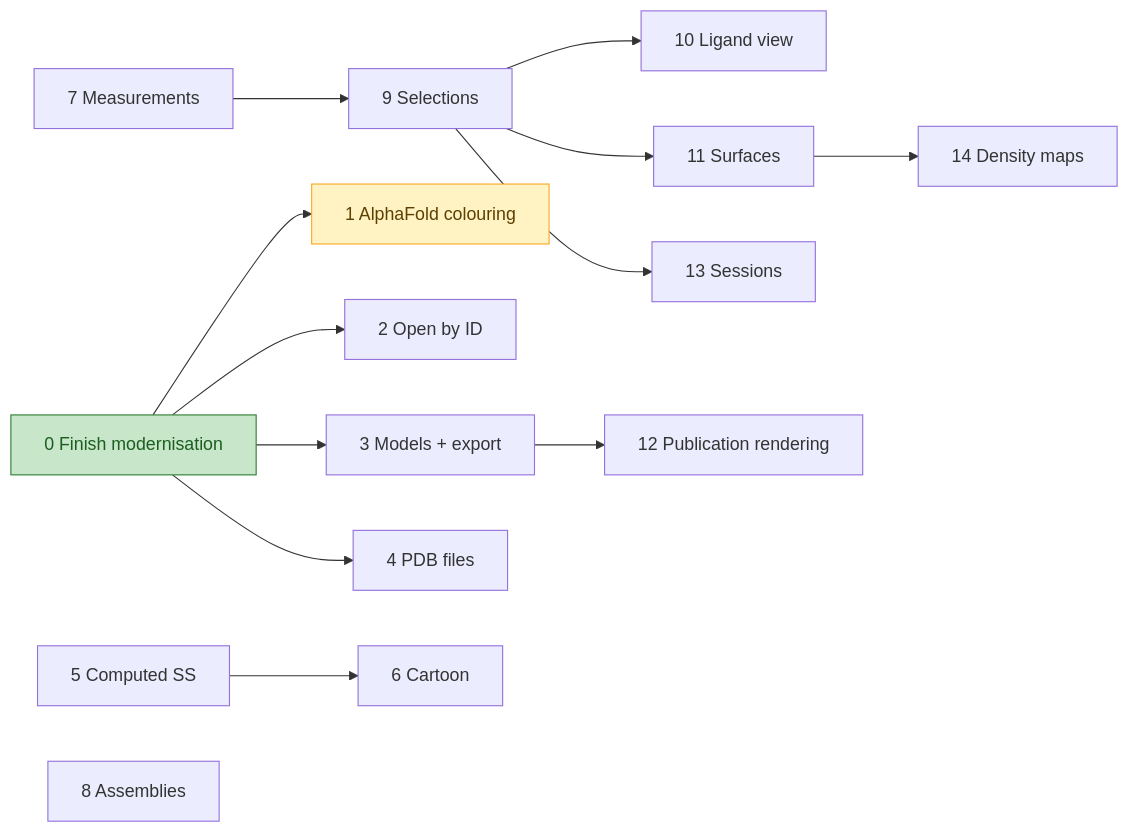
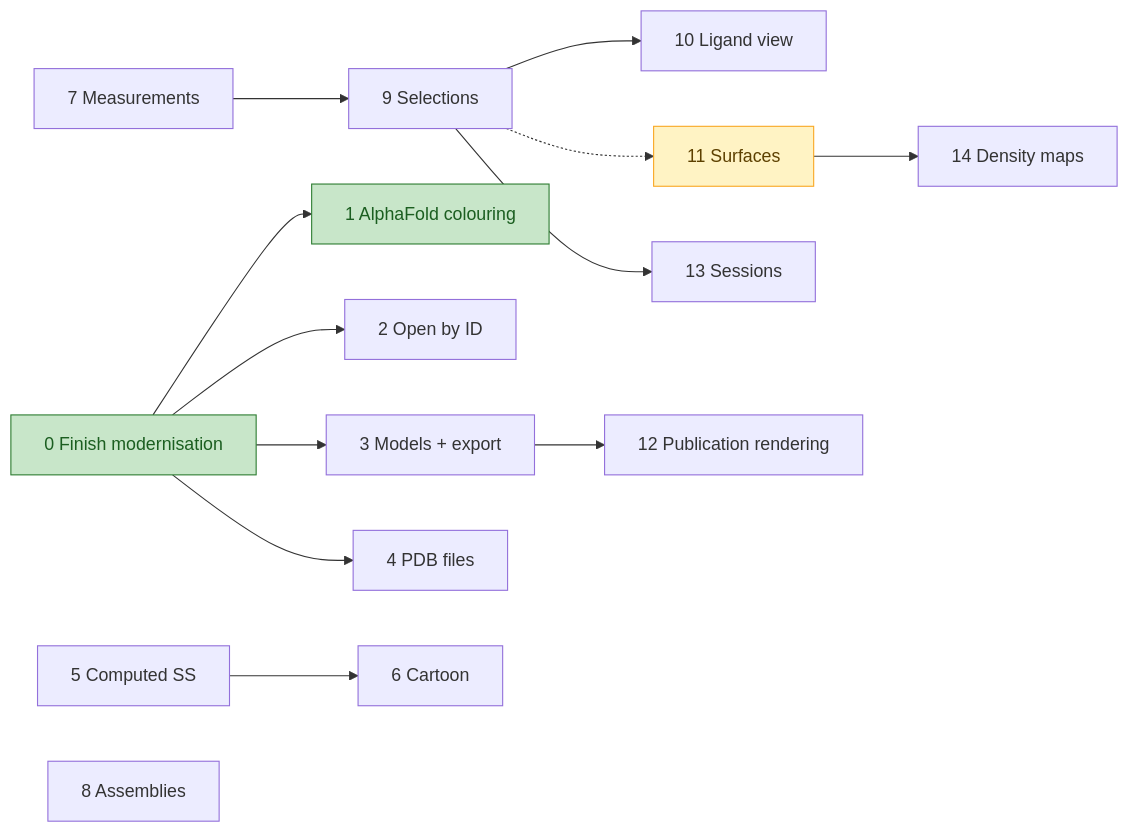
The diagram in docs/roadmap.md (PorridgeBear/jmvs), drawn with Mermaid before and after one commit. The commit also changed other lines of this file and 46 other files, not shown here.

````diff
--- a/docs/roadmap.md
+++ b/docs/roadmap.md
@@ -37,20 +37,20 @@
 ```mermaid
 flowchart LR
     S0[0 Finish modernisation] --> S1[1 AlphaFold colouring]
     S0 --> S2[2 Open by ID]
     S0 --> S3[3 Models + export]
     S0 --> S4[4 PDB files]
     S5[5 Computed SS] --> S6[6 Cartoon]
     S7[7 Measurements] --> S9[9 Selections]
     S9 --> S10[10 Ligand view]
-    S9 --> S11[11 Surfaces]
+    S9 -.-> S11[11 Surfaces]
     S9 --> S13[13 Sessions]
     S3 --> S12[12 Publication rendering]
     S11 --> S14[14 Density maps]
     S8[8 Assemblies]
 
     classDef done fill:#c8e6c9,stroke:#2e7d32,color:#1b5e20
     classDef inProgress fill:#fff3c4,stroke:#f9a825,color:#5d4000
-    class S0 done
-    class S1 inProgress
+    class S0,S1 done
+    class S11 inProgress
 ```
````
